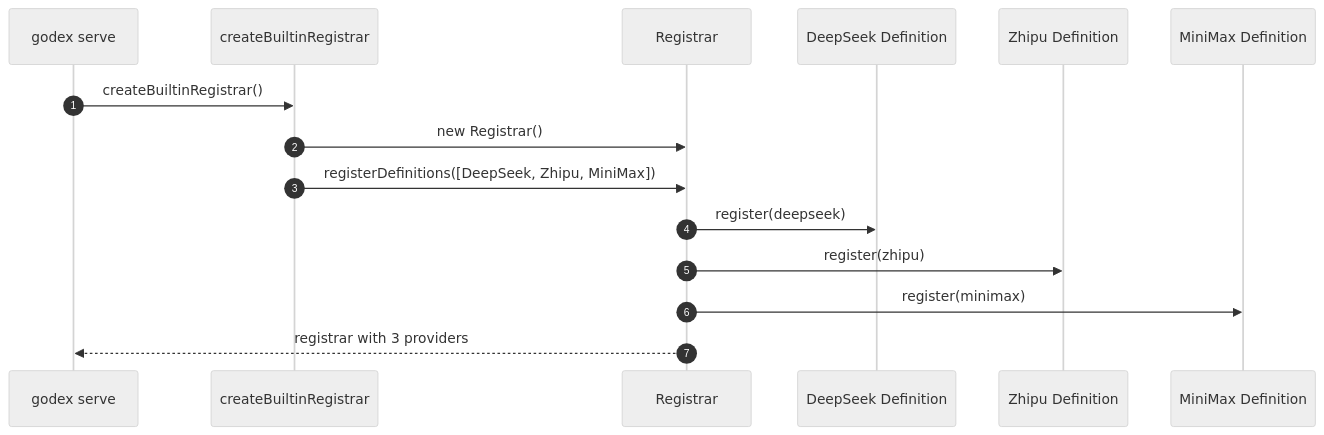
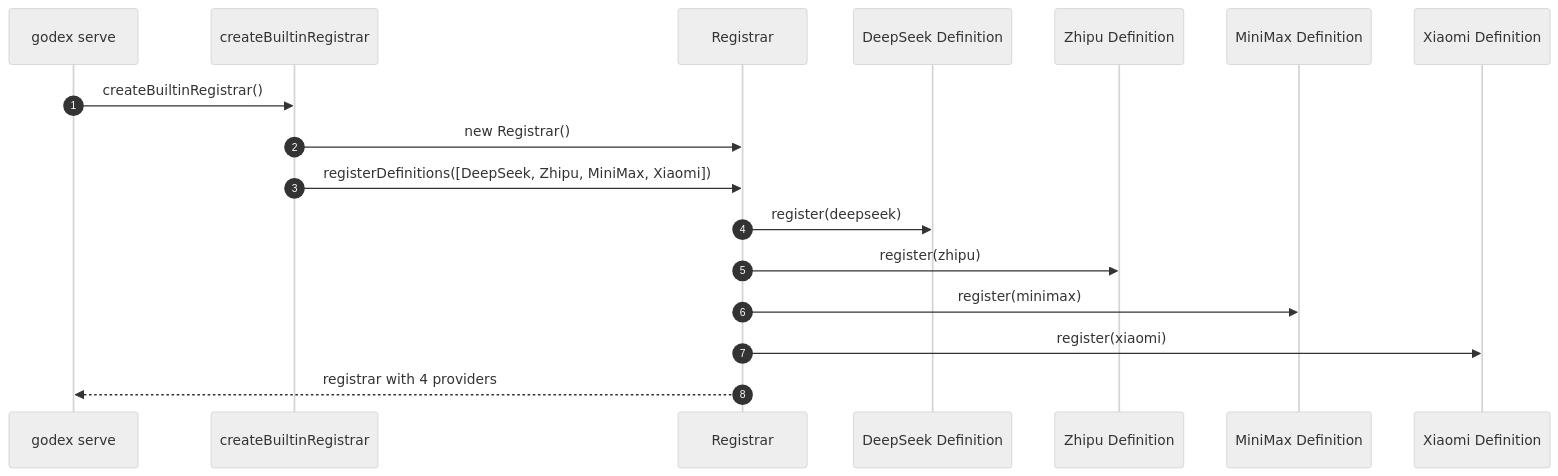
Before and after one commit to zamelee/GodeX: the second of 2 diagrams in wiki/01-getting-started/builtin-providers.md, drawn with Mermaid (neutral theme). The commit also changed other lines of this file and 32 other files, not shown here.

````diff
--- a/wiki/01-getting-started/builtin-providers.md
+++ b/wiki/01-getting-started/builtin-providers.md
@@ -183,18 +144,20 @@
 ```mermaid
 sequenceDiagram
     autonumber
     participant CLI as godex serve
     participant Builtin as createBuiltinRegistrar
     participant Registrar as Registrar
     participant DeepSeek as DeepSeek Definition
     participant Zhipu as Zhipu Definition
     participant MiniMax as MiniMax Definition
+    participant Xiaomi as Xiaomi Definition
 
     CLI->>Builtin: createBuiltinRegistrar()
     Builtin->>Registrar: new Registrar()
-    Builtin->>Registrar: registerDefinitions([DeepSeek, Zhipu, MiniMax])
+    Builtin->>Registrar: registerDefinitions([DeepSeek, Zhipu, MiniMax, Xiaomi])
     Registrar->>DeepSeek: register(deepseek)
     Registrar->>Zhipu: register(zhipu)
     Registrar->>MiniMax: register(minimax)
-    Registrar-->>CLI: registrar with 3 providers
+    Registrar->>Xiaomi: register(xiaomi)
+    Registrar-->>CLI: registrar with 4 providers
 ```
````
